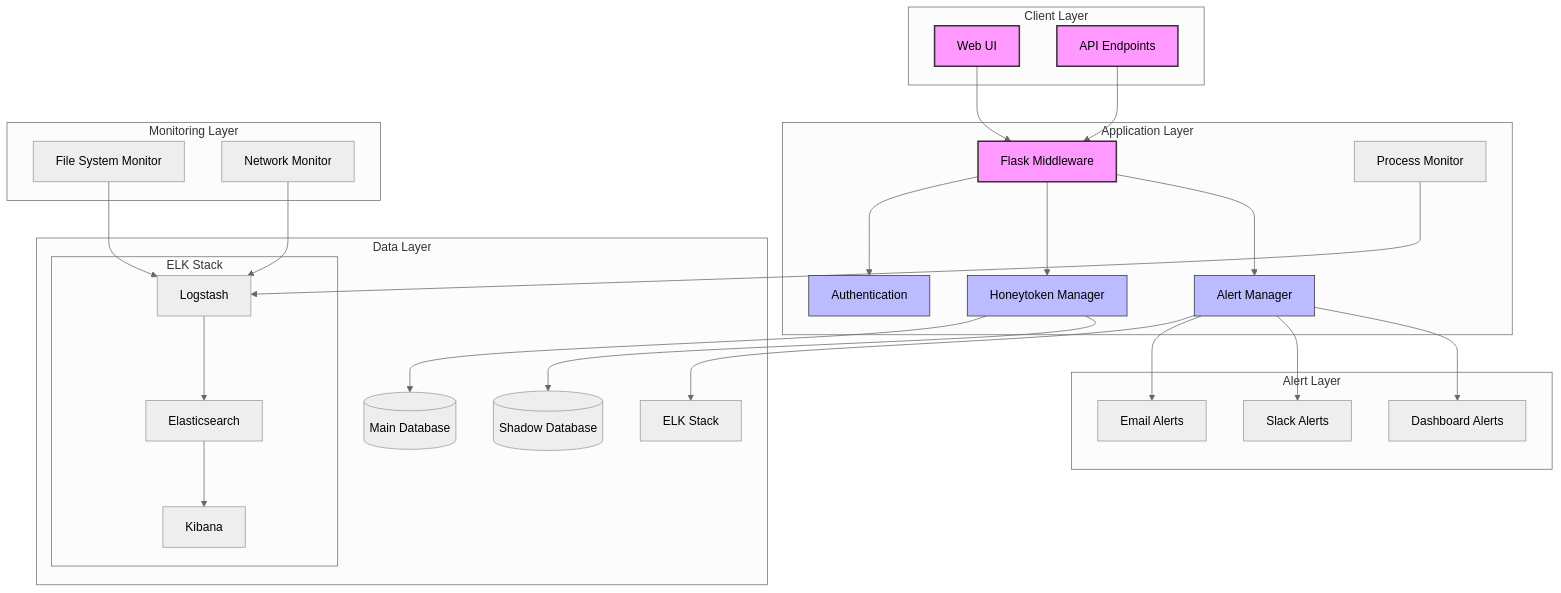
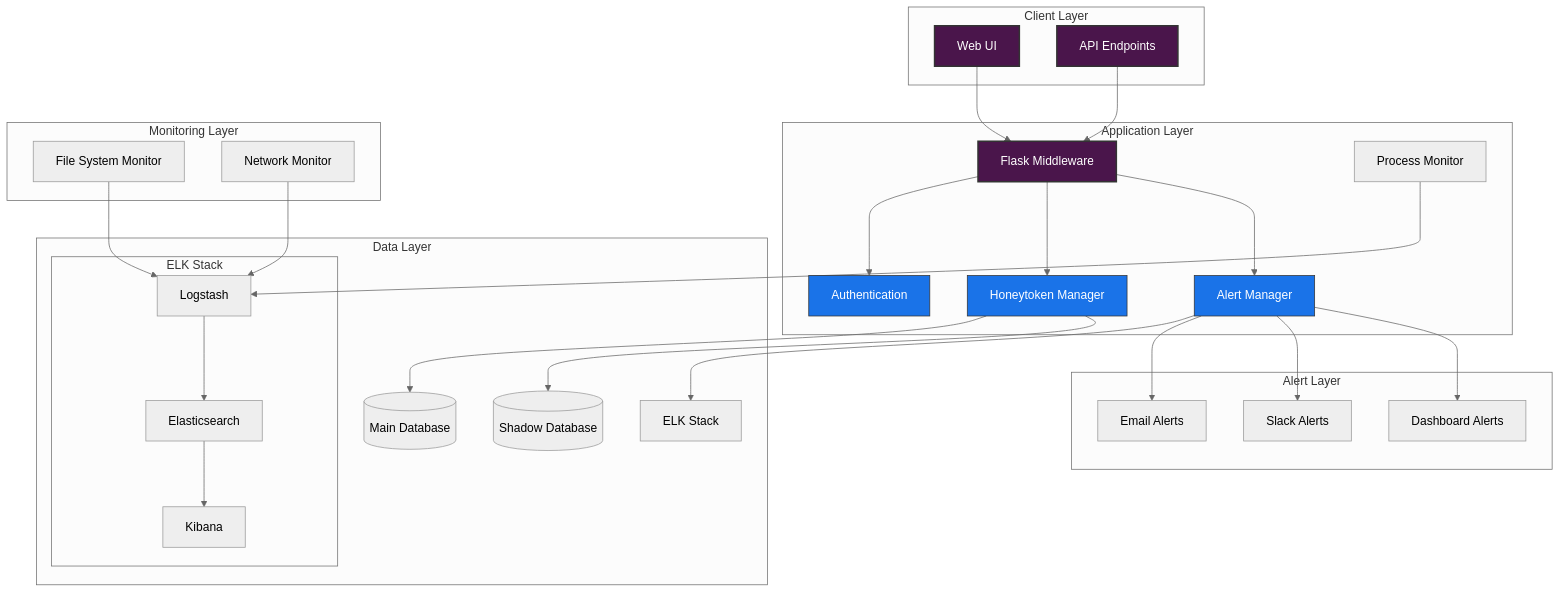
One commit to itsAgasthya/honeytoken-system changed the first of 7 diagrams in docs/design/ARCHITECTURE.md. Above: the diagram before and after it, drawn with Mermaid (neutral theme).

Commit message:
made colors visible

````diff
--- a/docs/design/ARCHITECTURE.md
+++ b/docs/design/ARCHITECTURE.md
@@ -5,72 +5,72 @@
 ```mermaid
 graph TB
     subgraph Client Layer
         WUI[Web UI]
         API[API Endpoints]
     end
 
     subgraph Application Layer
         FM[Flask Middleware]
         AUTH[Authentication]
         HM[Honeytoken Manager]
         AM[Alert Manager]
         PM[Process Monitor]
     end
 
     subgraph Data Layer
         MD[(Main Database)]
         SD[(Shadow Database)]
         ELK[ELK Stack]
         subgraph ELK Stack
             ES[Elasticsearch]
             LS[Logstash]
             KB[Kibana]
         end
     end
 
     subgraph Monitoring Layer
         FSM[File System Monitor]
         NM[Network Monitor]
         PM[Process Monitor]
     end
 
     subgraph Alert Layer
         EMAIL[Email Alerts]
         SLACK[Slack Alerts]
         DASH[Dashboard Alerts]
     end
 
     %% Client Layer Connections
     WUI --> FM
     API --> FM
     
     %% Application Layer Connections
     FM --> AUTH
     FM --> HM
     FM --> AM
     
     %% Data Layer Connections
     HM --> MD
     HM --> SD
     AM --> ELK
     
     %% ELK Stack Internal
     LS --> ES
     ES --> KB
     
     %% Monitoring Layer Connections
     FSM --> LS
     NM --> LS
     PM --> LS
     
     %% Alert Layer Connections
     AM --> EMAIL
     AM --> SLACK
     AM --> DASH
 
     %% Data Flow Styles
-    classDef primary fill:#f9f,stroke:#333,stroke-width:2px
-    classDef secondary fill:#bbf,stroke:#333,stroke-width:1px
+    classDef primary fill:#4a154b,stroke:#333,stroke-width:2px,color:#ffffff
+    classDef secondary fill:#1a73e8,stroke:#333,stroke-width:1px,color:#ffffff
     class WUI,API,FM primary
     class AUTH,HM,AM secondary
 ```
````
